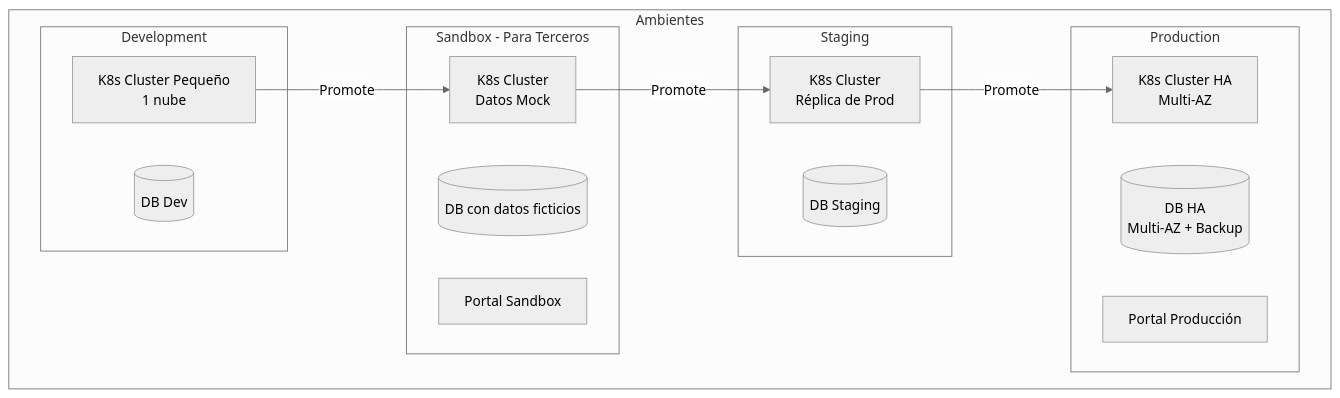
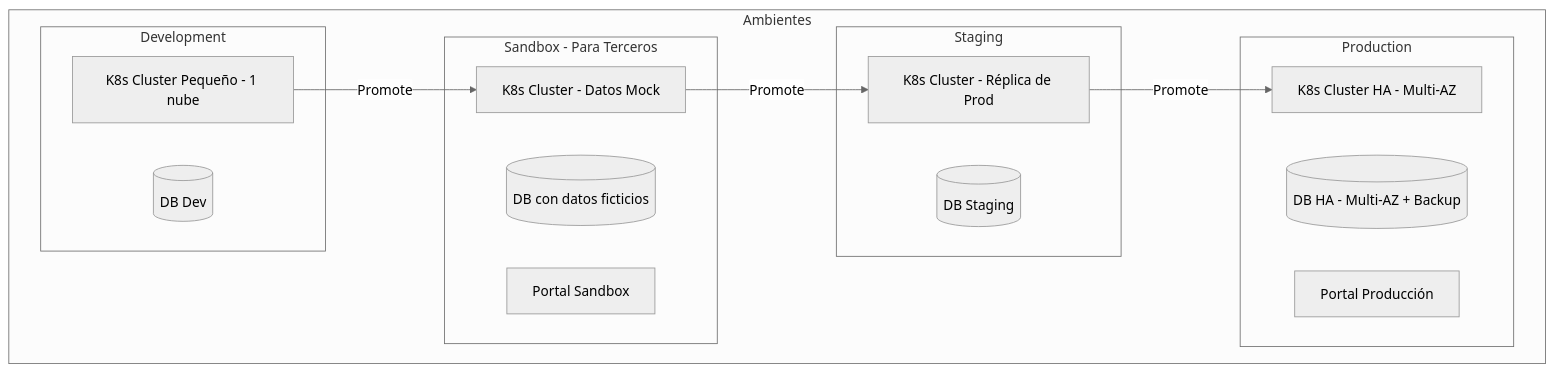
One commit to somospragma/integration-consent-manager changed the eighth of 8 diagrams in docs/architecture/diagrams.md. Above: the diagram before and after it, drawn with Mermaid (neutral theme). The commit also changed other lines of this file and 9 other files, not shown here.

Commit message:
fix: corregir diagramas Mermaid - quitar paréntesis y \n incompatibles con GitHub

````diff
--- a/docs/architecture/diagrams.md
+++ b/docs/architecture/diagrams.md
@@ -345,30 +345,30 @@
 ```mermaid
 graph TB
     subgraph "Ambientes"
         subgraph "Development"
-            DEV_K8S[K8s Cluster Pequeño\n1 nube]
+            DEV_K8S[K8s Cluster Pequeño - 1 nube]
             DEV_DB[(DB Dev)]
         end
 
         subgraph "Sandbox - Para Terceros"
-            SBX_K8S[K8s Cluster\nDatos Mock]
+            SBX_K8S[K8s Cluster - Datos Mock]
             SBX_DB[(DB con datos ficticios)]
             SBX_PORTAL[Portal Sandbox]
         end
 
         subgraph "Staging"
-            STG_K8S[K8s Cluster\nRéplica de Prod]
+            STG_K8S[K8s Cluster - Réplica de Prod]
             STG_DB[(DB Staging)]
         end
 
         subgraph "Production"
-            PROD_K8S[K8s Cluster HA\nMulti-AZ]
-            PROD_DB[(DB HA\nMulti-AZ + Backup)]
+            PROD_K8S[K8s Cluster HA - Multi-AZ]
+            PROD_DB[(DB HA - Multi-AZ + Backup)]
             PROD_PORTAL[Portal Producción]
         end
     end
 
     DEV_K8S -->|Promote| SBX_K8S
     SBX_K8S -->|Promote| STG_K8S
     STG_K8S -->|Promote| PROD_K8S
 ```
````
